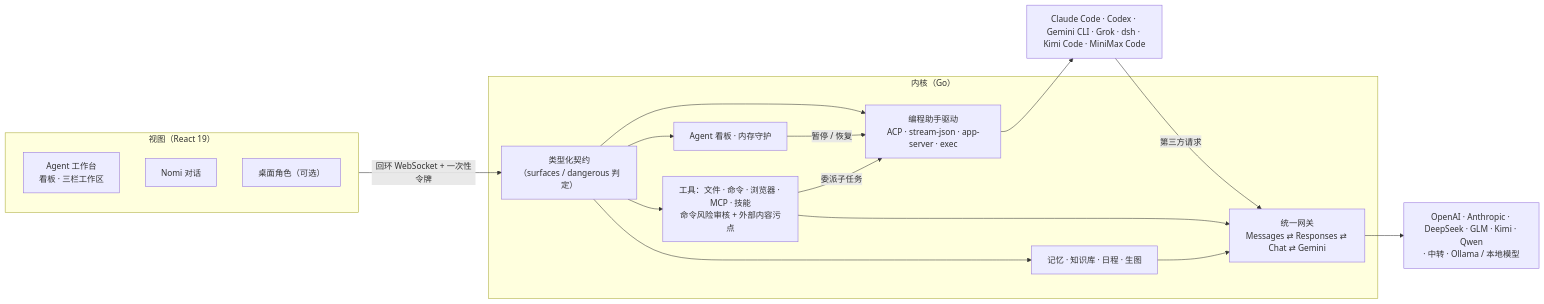
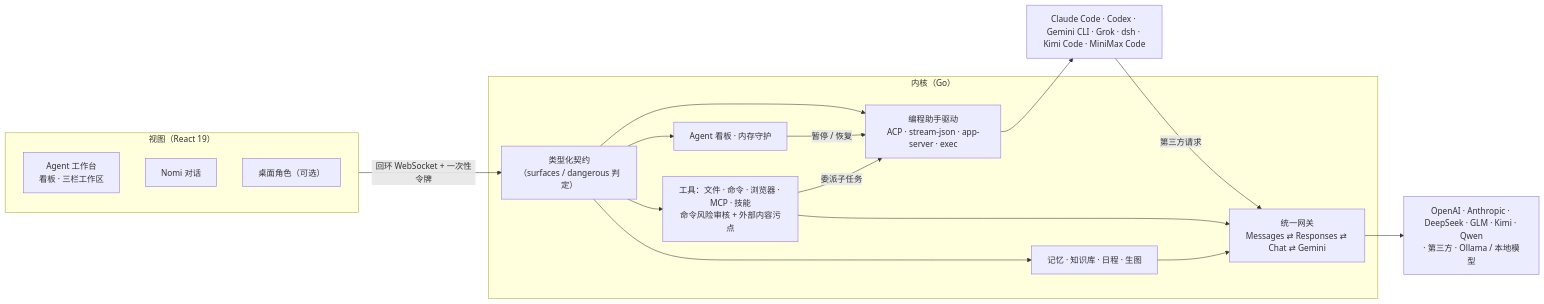
Before and after one commit to Cookieboty/nomi-ai: the diagram in README.md, drawn with Mermaid. The commit also changed other lines of this file and 3 other files, not shown here.

````diff
--- a/README.md
+++ b/README.md
@@ -94,26 +94,26 @@
 ```mermaid
 flowchart LR
   subgraph View["视图（React 19）"]
     Bench["Agent 工作台<br/>看板 · 三栏工作区"]
     Chat["Nomi 对话"]
     Mascot["桌面角色（可选）"]
   end
   subgraph Core["内核（Go）"]
     Contract["类型化契约<br/>（surfaces / dangerous 判定）"]
     Fleet["Agent 看板 · 内存守护"]
     Agents["编程助手驱动<br/>ACP · stream-json · app-server · exec"]
     Tools["工具：文件 · 命令 · 浏览器 · MCP · 技能<br/>命令风险审核 + 外部内容污点"]
     Mem["记忆 · 知识库 · 日程 · 生图"]
     GW["统一网关<br/>Messages ⇄ Responses ⇄ Chat ⇄ Gemini"]
   end
   CLI["Claude Code · Codex · Gemini CLI · Grok · dsh · Kimi Code · MiniMax Code"]
-  Up["OpenAI · Anthropic · DeepSeek · GLM · Kimi · Qwen<br/>· 中转 · Ollama / 本地模型"]
+  Up["OpenAI · Anthropic · DeepSeek · GLM · Kimi · Qwen<br/>· 第三方 · Ollama / 本地模型"]
   View -- "回环 WebSocket + 一次性令牌" --> Contract
   Contract --> Fleet & Agents & Tools & Mem
   Fleet -- "暂停 / 恢复" --> Agents
   Agents --> CLI
   CLI -- "第三方请求" --> GW
   Tools -- "委派子任务" --> Agents
   Tools & Mem --> GW
   GW --> Up
 ```
````
